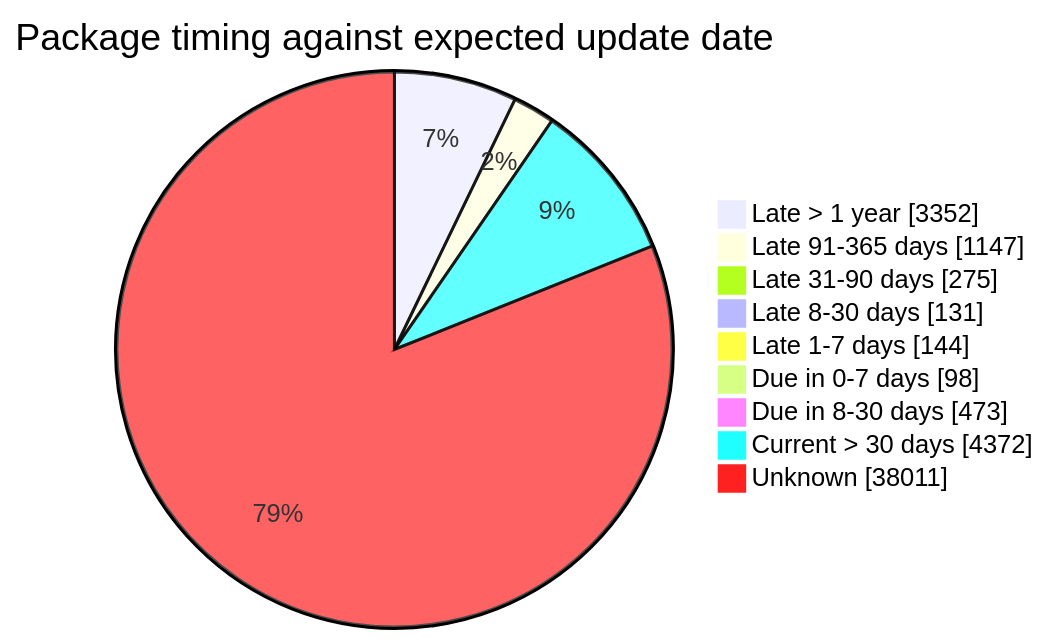
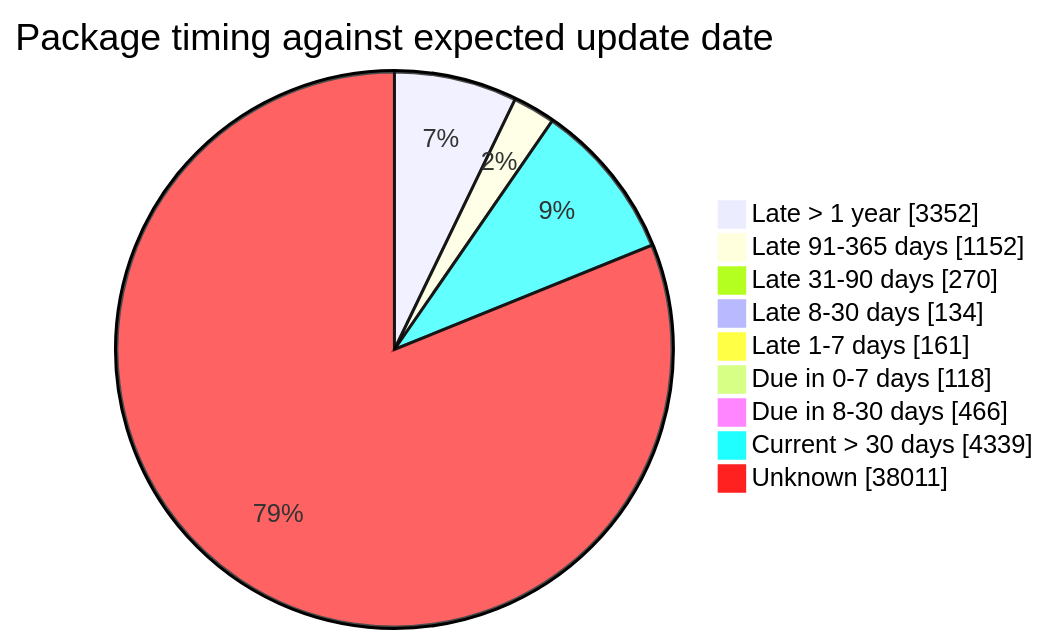
The fourth of 5 diagrams in FreshCheck/README.md (open-data/analytics-corporate-reporting), drawn with Mermaid before and after one commit. The commit also changed other lines of this file and 3 other files, not shown here.

````diff
--- a/FreshCheck/README.md
+++ b/FreshCheck/README.md
@@ -86,12 +86,12 @@
 ```mermaid
 pie showData title Package timing against expected update date
     "Late > 1 year": 3352
-    "Late 91-365 days": 1147
-    "Late 31-90 days": 275
-    "Late 8-30 days": 131
-    "Late 1-7 days": 144
-    "Due in 0-7 days": 98
-    "Due in 8-30 days": 473
-    "Current > 30 days": 4372
+    "Late 91-365 days": 1152
+    "Late 31-90 days": 270
+    "Late 8-30 days": 134
+    "Late 1-7 days": 161
+    "Due in 0-7 days": 118
+    "Due in 8-30 days": 466
+    "Current > 30 days": 4339
     "Unknown": 38011
 ```
````
